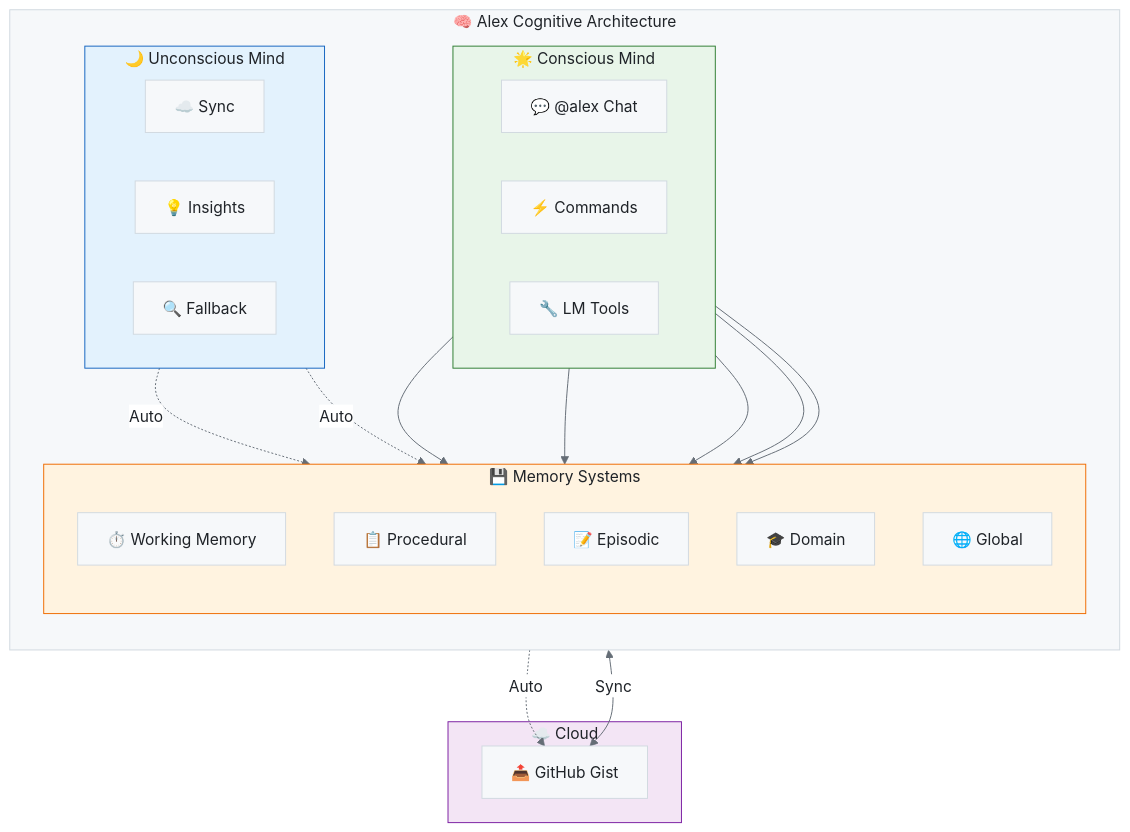
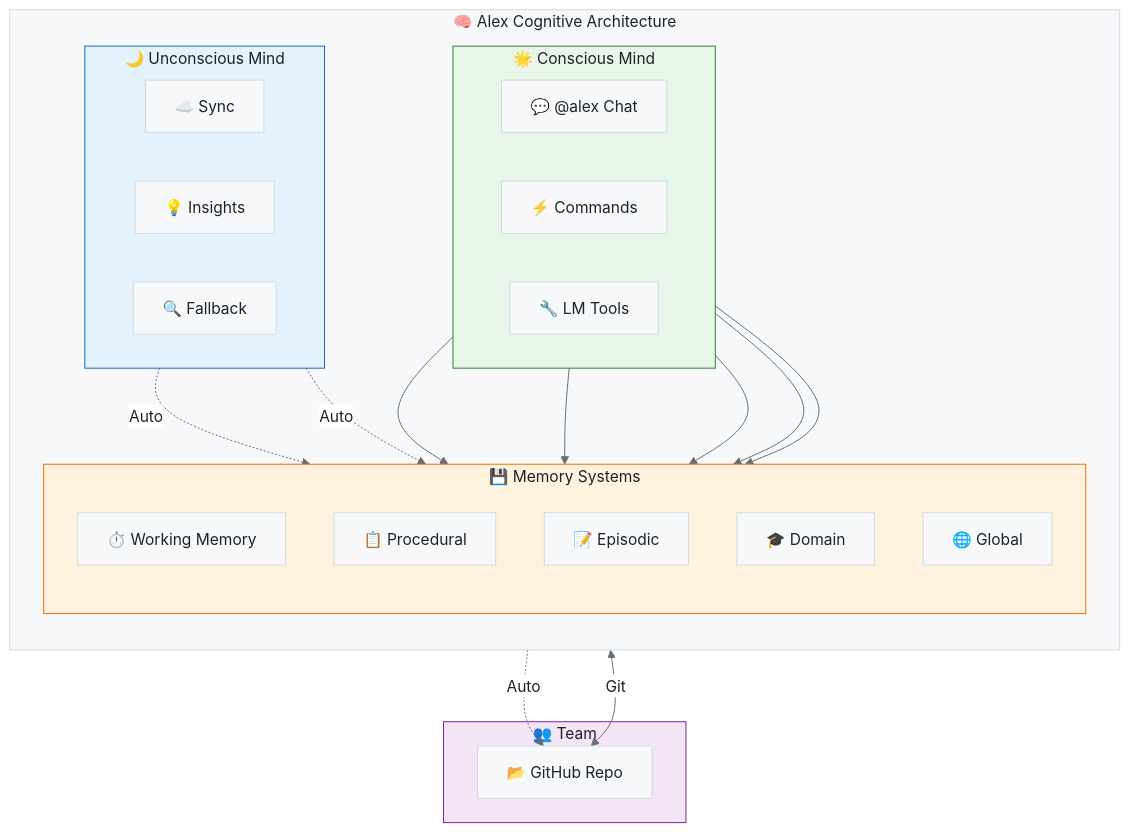
The diagram in platforms/vscode-extension/alex_docs/README-DOCS.md (fabioc-aloha/Alex_Plug_In), drawn with Mermaid before and after one commit. The commit also changed other lines of this file and 18 other files, not shown here.

First line of the commit message:
feat: GitHub auth for private repos + owner-only config + larger logo

````diff
--- a/platforms/vscode-extension/alex_docs/README-DOCS.md
+++ b/platforms/vscode-extension/alex_docs/README-DOCS.md
@@ -45,49 +45,49 @@
 ```mermaid
 %%{init: {'theme': 'base', 'themeVariables': { 'primaryColor': '#f6f8fa', 'primaryTextColor': '#1f2328', 'primaryBorderColor': '#d1d9e0', 'lineColor': '#656d76', 'secondaryColor': '#f6f8fa', 'tertiaryColor': '#ffffff', 'background': '#ffffff', 'mainBkg': '#f6f8fa', 'nodeBorder': '#d1d9e0', 'clusterBkg': '#f6f8fa', 'clusterBorder': '#d1d9e0', 'titleColor': '#1f2328', 'edgeLabelBackground': '#ffffff'}}}%%
 flowchart TB
     subgraph ALEX["🧠 Alex Cognitive Architecture"]
         direction TB
 
         subgraph CONSCIOUS["🌟 Conscious Mind"]
             direction LR
             CM["💬 @alex Chat"]
             CMD["⚡ Commands"]
             TOOLS["🔧 LM Tools"]
         end
 
         subgraph UNCONSCIOUS["🌙 Unconscious Mind"]
             direction LR
             BGS["☁️ Sync"]
             AID["💡 Insights"]
             AFB["🔍 Fallback"]
         end
 
         subgraph MEMORY["💾 Memory Systems"]
             direction TB
             WM["⏱️ Working Memory"]
             PM["📋 Procedural"]
             EM["📝 Episodic"]
             DK["🎓 Domain"]
             GK["🌐 Global"]
         end
     end
 
-    subgraph CLOUD["☁️ Cloud"]
-        GIST["📤 GitHub Gist"]
+    subgraph TEAM["👥 Team"]
+        REPO["📂 GitHub Repo"]
     end
 
     CM --> WM
     CMD --> PM & EM
     TOOLS --> DK & GK
 
-    BGS -.->|"Auto"| GIST
+    BGS -.->|"Auto"| REPO
     AID -.->|"Auto"| GK
     AFB -.->|"Auto"| GK
 
-    GK <-->|"Sync"| GIST
+    GK <-->|"Git"| REPO
 
     style CONSCIOUS fill:#e8f5e9,stroke:#2e7d32
     style UNCONSCIOUS fill:#e3f2fd,stroke:#1565c0
     style MEMORY fill:#fff3e0,stroke:#ef6c00
-    style CLOUD fill:#f3e5f5,stroke:#7b1fa2
+    style TEAM fill:#f3e5f5,stroke:#7b1fa2
 ```
````
